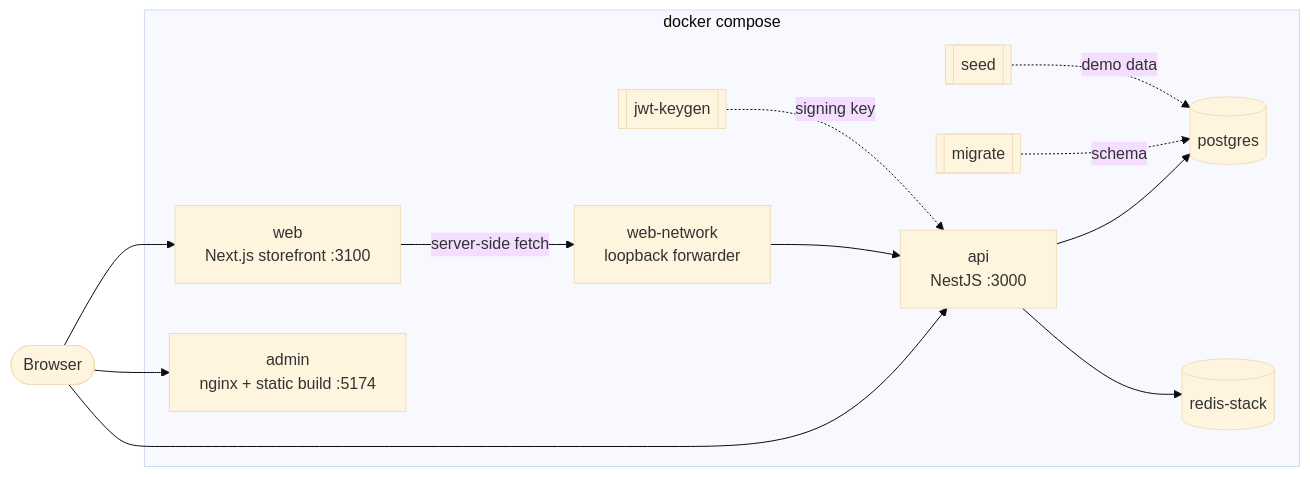
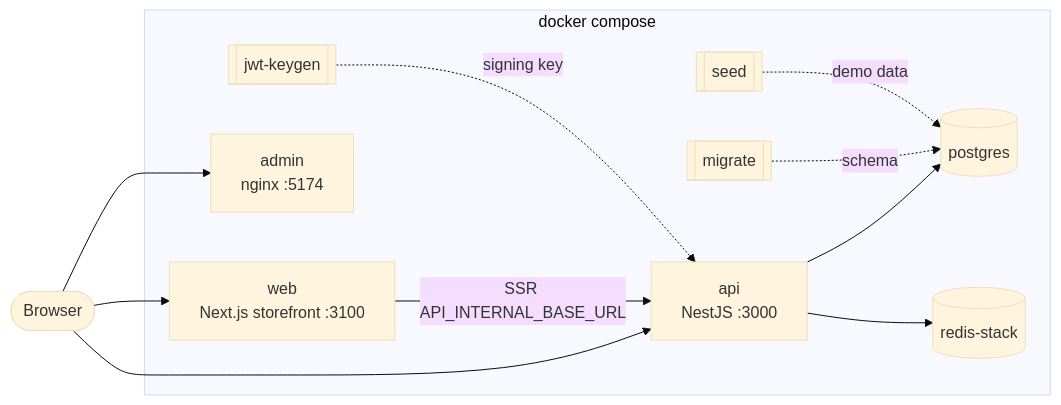
Before and after one commit to raouf-b-dev/ecommerce-platform: the diagram in README.md, drawn with Mermaid (base theme). The commit also changed other lines of this file and 39 other files, not shown here.

````diff
--- a/README.md
+++ b/README.md
@@ -47,26 +74,25 @@
 ```mermaid
 flowchart LR
   browser([Browser])
 
   subgraph compose [docker compose]
     web[web<br/>Next.js storefront :3100]
-    webnet[web-network<br/>loopback forwarder]
-    admin[admin<br/>nginx + static build :5174]
+    admin[admin<br/>nginx :5174]
     api[api<br/>NestJS :3000]
     pg[(postgres)]
     redis[(redis-stack)]
     keygen[[jwt-keygen]]
     migrate[[migrate]]
     seed[[seed]]
   end
 
   browser --> web
   browser --> admin
   browser --> api
-  web -- server-side fetch --> webnet --> api
+  web -- SSR API_INTERNAL_BASE_URL --> api
   api --> pg
   api --> redis
   keygen -. signing key .-> api
   migrate -. schema .-> pg
   seed -. demo data .-> pg
 ```
````
